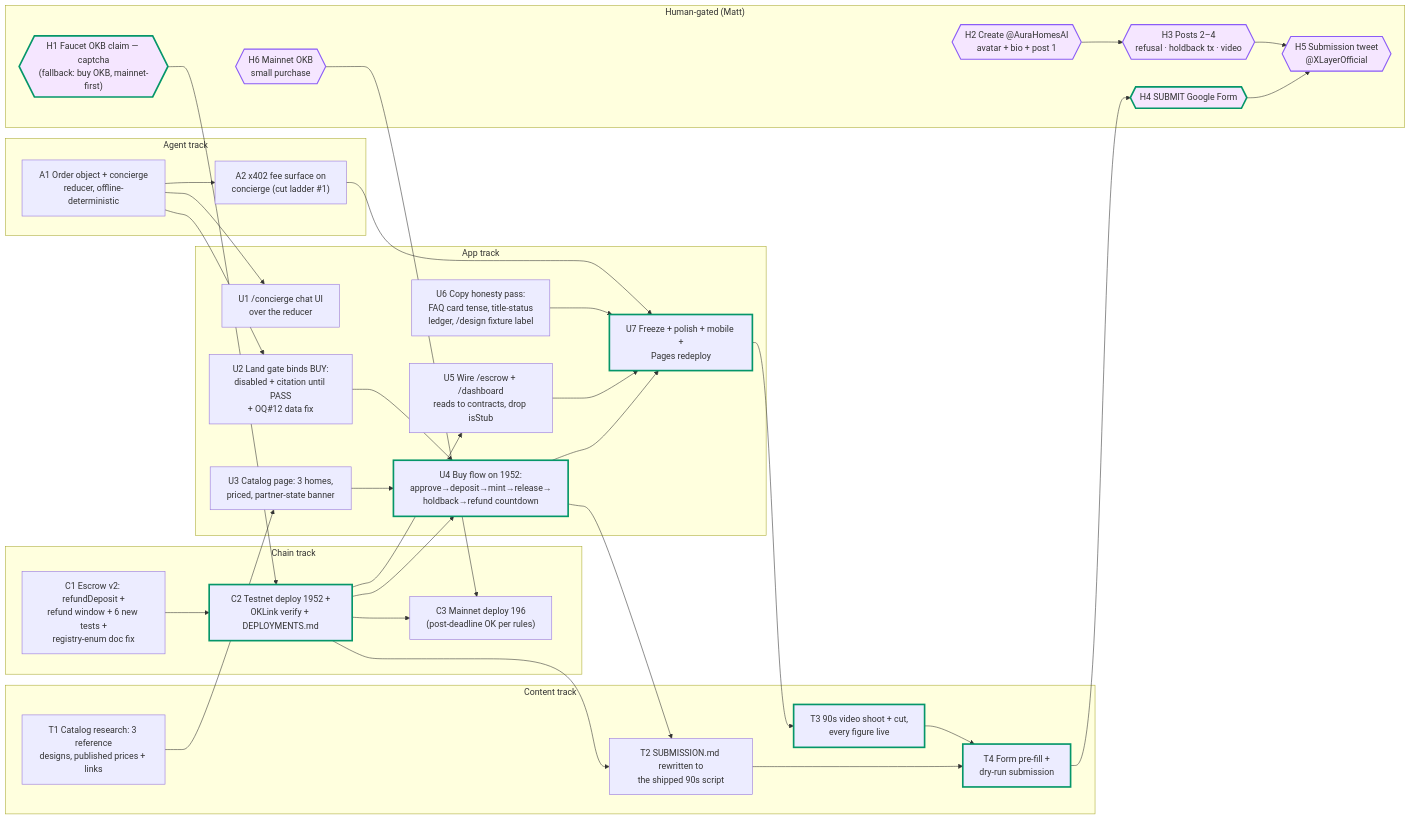
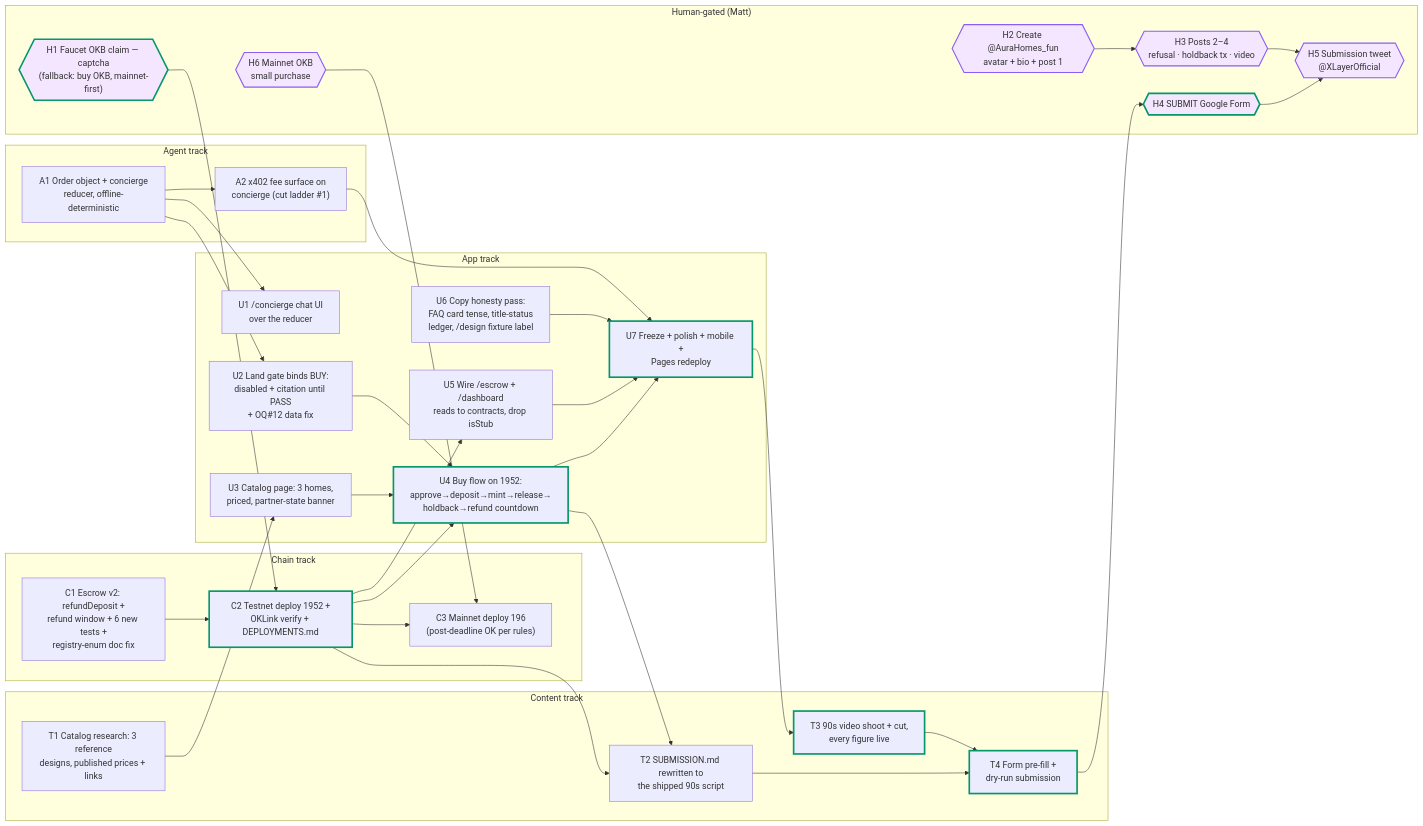
The first of 2 diagrams in docs/GAP-ANALYSIS.md (kr8tiv-ai/aura-homes), drawn with Mermaid before and after one commit. The commit also changed other lines of this file and 88 other files, not shown here.

````diff
--- a/docs/GAP-ANALYSIS.md
+++ b/docs/GAP-ANALYSIS.md
@@ -144,71 +152,71 @@
 ```mermaid
 graph LR
   classDef gated fill:#f5e6ff,stroke:#8b5cf6,stroke-width:2px
   classDef crit stroke:#059669,stroke-width:3px
 
   subgraph HUMAN["Human-gated (Matt)"]
     H1{{"H1 Faucet OKB claim — captcha<br/>(fallback: buy OKB, mainnet-first)"}}
-    H2{{"H2 Create @AuraHomesAI<br/>avatar + bio + post 1"}}
+    H2{{"H2 Create @AuraHomes_fun<br/>avatar + bio + post 1"}}
     H3{{"H3 Posts 2–4<br/>refusal · holdback tx · video"}}
     H6{{"H6 Mainnet OKB<br/>small purchase"}}
     H4{{"H4 SUBMIT Google Form"}}
     H5{{"H5 Submission tweet<br/>@XLayerOfficial"}}
   end
 
   subgraph CHAIN["Chain track"]
     C1["C1 Escrow v2: refundDeposit +<br/>refund window + 6 new tests +<br/>registry-enum doc fix"]
     C2["C2 Testnet deploy 1952 +<br/>OKLink verify + DEPLOYMENTS.md"]
     C3["C3 Mainnet deploy 196<br/>(post-deadline OK per rules)"]
   end
 
   subgraph AGENT["Agent track"]
     A1["A1 Order object + concierge<br/>reducer, offline-deterministic"]
     A2["A2 x402 fee surface on<br/>concierge (cut ladder #1)"]
   end
 
   subgraph APP["App track"]
     U1["U1 /concierge chat UI<br/>over the reducer"]
     U2["U2 Land gate binds BUY:<br/>disabled + citation until PASS<br/>+ OQ#12 data fix"]
     U3["U3 Catalog page: 3 homes,<br/>priced, partner-state banner"]
     U4["U4 Buy flow on 1952:<br/>approve→deposit→mint→release→<br/>holdback→refund countdown"]
     U5["U5 Wire /escrow + /dashboard<br/>reads to contracts, drop isStub"]
     U6["U6 Copy honesty pass:<br/>FAQ card tense, title-status<br/>ledger, /design fixture label"]
     U7["U7 Freeze + polish + mobile +<br/>Pages redeploy"]
   end
 
   subgraph CONTENT["Content track"]
     T1["T1 Catalog research: 3 reference<br/>designs, published prices + links"]
     T2["T2 SUBMISSION.md rewritten to<br/>the shipped 90s script"]
     T3["T3 90s video shoot + cut,<br/>every figure live"]
     T4["T4 Form pre-fill +<br/>dry-run submission"]
   end
 
   H1 --> C2
   C1 --> C2
   C2 --> C3
   H6 --> C3
   A1 --> U1
   A1 --> U2
   A1 --> A2
   T1 --> U3
   U3 --> U4
   U2 --> U4
   C2 --> U4
   C2 --> U5
   U4 --> T2
   C2 --> T2
   U4 --> U7
   U5 --> U7
   U6 --> U7
   A2 --> U7
   U7 --> T3
   T2 --> T4
   T3 --> T4
   T4 --> H4
   H2 --> H3
   H4 --> H5
   H3 --> H5
 
   class H1,H2,H3,H4,H5,H6 gated
   class H1,C2,U4,U7,T3,T4,H4 crit
 ```
````
